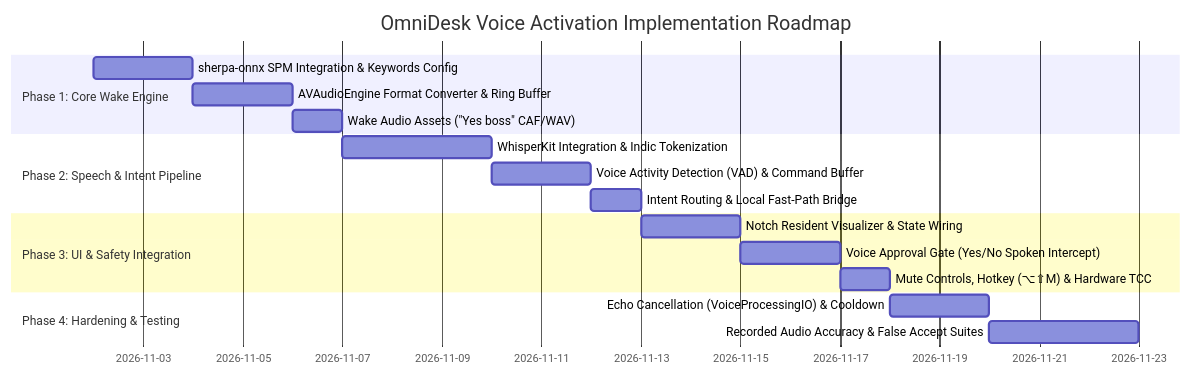
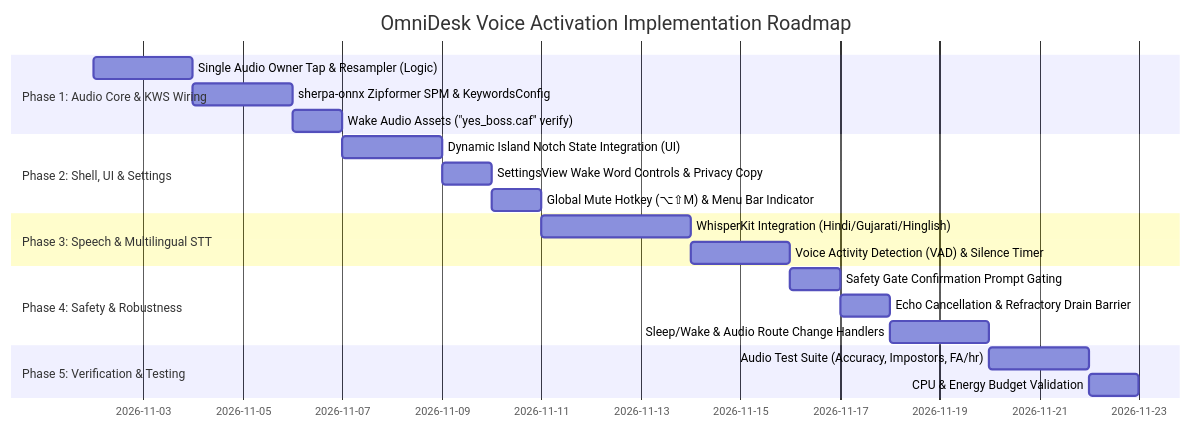
One commit to Dhruvil05Patel/OmniDesk changed the third of 3 diagrams in .agents/plan/VOICE_ACTIVATION_PLAN.md. Above: the diagram before and after it, drawn with Mermaid. The commit also changed other lines of this file and 1 other file, not shown here.

Commit message:
docs(voice): update architecture blueprint and summary for on-device wake-word detection

````diff
--- a/.agents/plan/VOICE_ACTIVATION_PLAN.md
+++ b/.agents/plan/VOICE_ACTIVATION_PLAN.md
@@ -435,20 +509,23 @@
 ```mermaid
 gantt
     title OmniDesk Voice Activation Implementation Roadmap
     dateFormat  YYYY-MM-DD
-    section Phase 1: Core Wake Engine
-    sherpa-onnx SPM Integration & Keywords Config  :p1_1, 2026-11-02, 2d
-    AVAudioEngine Format Converter & Ring Buffer   :p1_2, after p1_1, 2d
-    Wake Audio Assets ("Yes boss" CAF/WAV)         :p1_3, after p1_2, 1d
-    section Phase 2: Speech & Intent Pipeline
-    WhisperKit Integration & Indic Tokenization    :p2_1, after p1_3, 3d
-    Voice Activity Detection (VAD) & Command Buffer:p2_2, after p2_1, 2d
-    Intent Routing & Local Fast-Path Bridge        :p2_3, after p2_2, 1d
-    section Phase 3: UI & Safety Integration
-    Notch Resident Visualizer & State Wiring       :p3_1, after p2_3, 2d
-    Voice Approval Gate (Yes/No Spoken Intercept)  :p3_2, after p3_1, 2d
-    Mute Controls, Hotkey (⌥⇧M) & Hardware TCC    :p3_3, after p3_2, 1d
-    section Phase 4: Hardening & Testing
-    Echo Cancellation (VoiceProcessingIO) & Cooldown:p4_1, after p3_3, 2d
-    Recorded Audio Accuracy & False Accept Suites   :p4_2, after p4_1, 3d
+    section Phase 1: Audio Core & KWS Wiring
+    Single Audio Owner Tap & Resampler (Logic)     :p1_1, 2026-11-02, 2d
+    sherpa-onnx Zipformer SPM & KeywordsConfig     :p1_2, after p1_1, 2d
+    Wake Audio Assets ("yes_boss.caf" verify)     :p1_3, after p1_2, 1d
+    section Phase 2: Shell, UI & Settings
+    Dynamic Island Notch State Integration (UI)    :p2_1, after p1_3, 2d
+    SettingsView Wake Word Controls & Privacy Copy :p2_2, after p2_1, 1d
+    Global Mute Hotkey (⌥⇧M) & Menu Bar Indicator  :p2_3, after p2_2, 1d
+    section Phase 3: Speech & Multilingual STT
+    WhisperKit Integration (Hindi/Gujarati/Hinglish):p3_1, after p2_3, 3d
+    Voice Activity Detection (VAD) & Silence Timer  :p3_2, after p3_1, 2d
+    section Phase 4: Safety & Robustness
+    Safety Gate Confirmation Prompt Gating         :p4_1, after p3_2, 1d
+    Echo Cancellation & Refractory Drain Barrier   :p4_2, after p4_1, 1d
+    Sleep/Wake & Audio Route Change Handlers       :p4_3, after p4_2, 2d
+    section Phase 5: Verification & Testing
+    Audio Test Suite (Accuracy, Impostors, FA/hr)  :p5_1, after p4_3, 2d
+    CPU & Energy Budget Validation                 :p5_2, after p5_1, 1d
 ```
````
